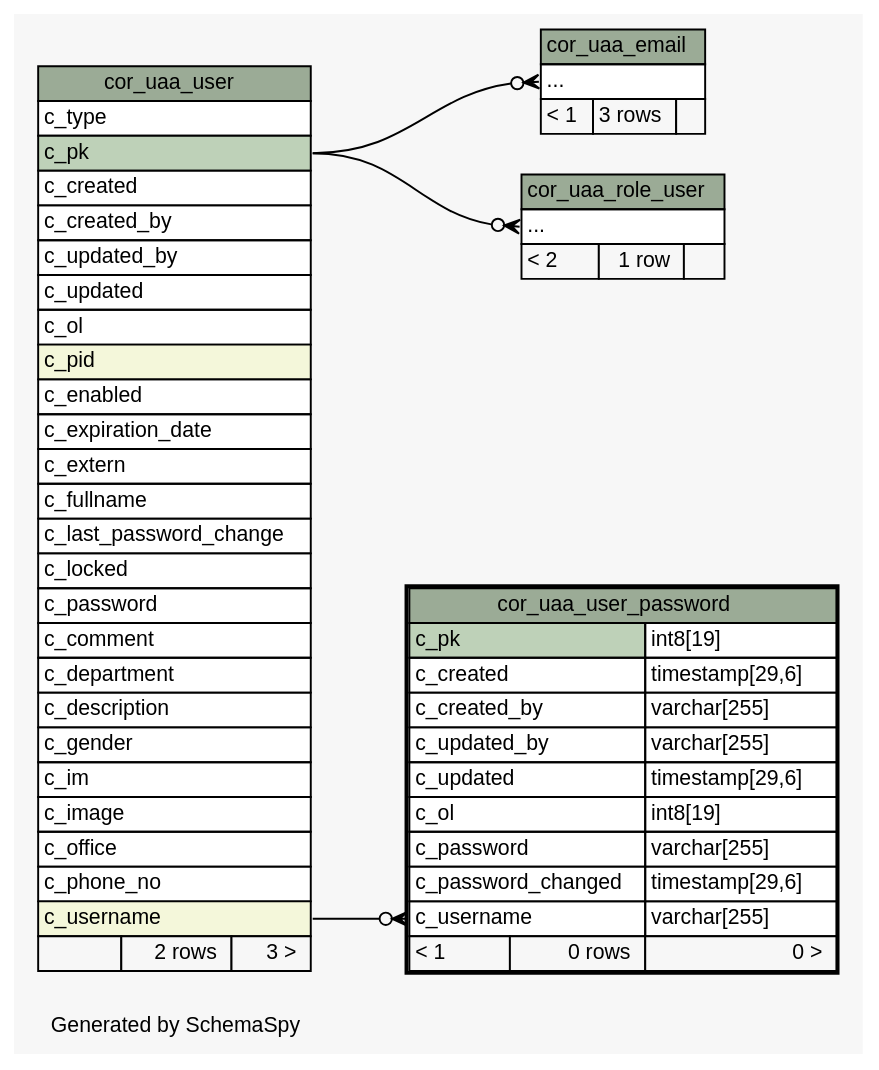
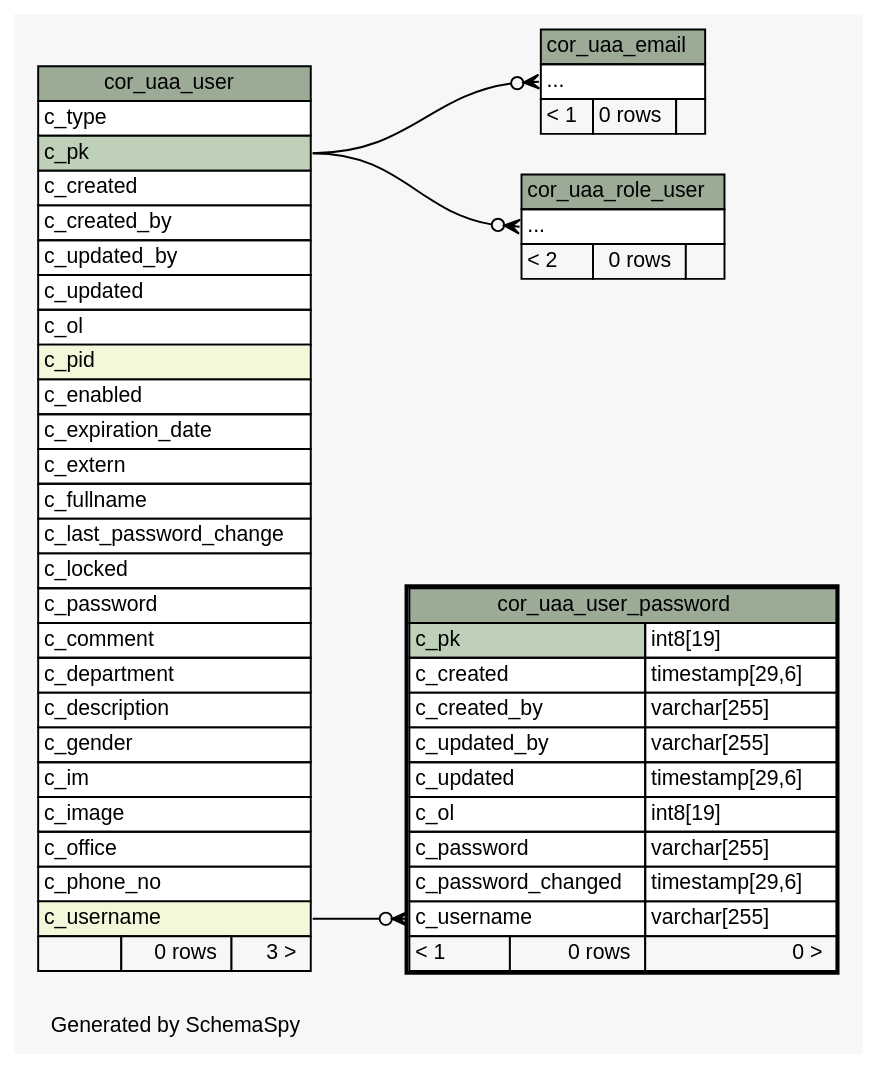
One commit to openwms/org.openwms.core.uaa changed the diagram in 2.0.0-SNAPSHOT/schemaspy/diagrams/cor_uaa_user_password.2degrees.dot. Above: the diagram before and after it, drawn with Graphviz. The commit also changed 242 other files, not shown here.

```diff
--- a/2.0.0-SNAPSHOT/schemaspy/diagrams/cor_uaa_user_password.2degrees.dot
+++ b/2.0.0-SNAPSHOT/schemaspy/diagrams/cor_uaa_user_password.2degrees.dot
@@ -1,96 +1,96 @@
-// dot 2.43.0 on Linux 6.2.0-1012-azure
+// dot 2.43.0 on Linux 6.2.0-1018-azure
 // SchemaSpy rev Unknown
 digraph "twoDegreesRelationshipsDiagram" {
   graph [
     rankdir="RL"
     bgcolor="#f7f7f7"
     label="\nGenerated by SchemaSpy"
     labeljust="l"
     nodesep="0.18"
     ranksep="0.46"
     fontname="Helvetica"
     fontsize="11"
   ];
   node [
     fontname="Helvetica"
     fontsize="11"
     shape="plaintext"
   ];
   edge [
     arrowsize="0.8"
   ];
   "cor_uaa_email":"elipses":w -> "cor_uaa_user":"c_pk":e [arrowhead=none dir=back arrowtail=crowodot];
   "cor_uaa_role_user":"elipses":w -> "cor_uaa_user":"c_pk":e [arrowhead=none dir=back arrowtail=crowodot];
   "cor_uaa_user_password":"c_username":w -> "cor_uaa_user":"c_username":e [arrowhead=none dir=back arrowtail=crowodot];
   "cor_uaa_email" [
     label=<
     <TABLE BORDER="0" CELLBORDER="1" CELLSPACING="0" BGCOLOR="#ffffff">
       <TR><TD COLSPAN="3" BGCOLOR="#9bab96" ALIGN="CENTER">cor_uaa_email</TD></TR>
       <TR><TD PORT="elipses" COLSPAN="3" ALIGN="LEFT">...</TD></TR>
-      <TR><TD ALIGN="LEFT" BGCOLOR="#f7f7f7">&lt; 1</TD><TD ALIGN="RIGHT" BGCOLOR="#f7f7f7">3 rows</TD><TD ALIGN="RIGHT" BGCOLOR="#f7f7f7">  </TD></TR>
+      <TR><TD ALIGN="LEFT" BGCOLOR="#f7f7f7">&lt; 1</TD><TD ALIGN="RIGHT" BGCOLOR="#f7f7f7">0 rows</TD><TD ALIGN="RIGHT" BGCOLOR="#f7f7f7">  </TD></TR>
     </TABLE>>
     URL="cor_uaa_email.html"
     tooltip="cor_uaa_email"
   ];
   "cor_uaa_role_user" [
     label=<
     <TABLE BORDER="0" CELLBORDER="1" CELLSPACING="0" BGCOLOR="#ffffff">
       <TR><TD COLSPAN="3" BGCOLOR="#9bab96" ALIGN="CENTER">cor_uaa_role_user</TD></TR>
       <TR><TD PORT="elipses" COLSPAN="3" ALIGN="LEFT">...</TD></TR>
-      <TR><TD ALIGN="LEFT" BGCOLOR="#f7f7f7">&lt; 2</TD><TD ALIGN="RIGHT" BGCOLOR="#f7f7f7">1 row</TD><TD ALIGN="RIGHT" BGCOLOR="#f7f7f7">  </TD></TR>
+      <TR><TD ALIGN="LEFT" BGCOLOR="#f7f7f7">&lt; 2</TD><TD ALIGN="RIGHT" BGCOLOR="#f7f7f7">0 rows</TD><TD ALIGN="RIGHT" BGCOLOR="#f7f7f7">  </TD></TR>
     </TABLE>>
     URL="cor_uaa_role_user.html"
     tooltip="cor_uaa_role_user"
   ];
   "cor_uaa_user" [
     label=<
     <TABLE BORDER="0" CELLBORDER="1" CELLSPACING="0" BGCOLOR="#ffffff">
       <TR><TD COLSPAN="3" BGCOLOR="#9bab96" ALIGN="CENTER">cor_uaa_user</TD></TR>
       <TR><TD PORT="c_type" COLSPAN="3" ALIGN="LEFT">c_type</TD></TR>
       <TR><TD PORT="c_pk" COLSPAN="3" BGCOLOR="#bed1b8" ALIGN="LEFT">c_pk</TD></TR>
       <TR><TD PORT="c_created" COLSPAN="3" ALIGN="LEFT">c_created</TD></TR>
       <TR><TD PORT="c_created_by" COLSPAN="3" ALIGN="LEFT">c_created_by</TD></TR>
       <TR><TD PORT="c_updated_by" COLSPAN="3" ALIGN="LEFT">c_updated_by</TD></TR>
       <TR><TD PORT="c_updated" COLSPAN="3" ALIGN="LEFT">c_updated</TD></TR>
       <TR><TD PORT="c_ol" COLSPAN="3" ALIGN="LEFT">c_ol</TD></TR>
       <TR><TD PORT="c_pid" COLSPAN="3" BGCOLOR="#f4f7da" ALIGN="LEFT">c_pid</TD></TR>
       <TR><TD PORT="c_enabled" COLSPAN="3" ALIGN="LEFT">c_enabled</TD></TR>
       <TR><TD PORT="c_expiration_date" COLSPAN="3" ALIGN="LEFT">c_expiration_date</TD></TR>
       <TR><TD PORT="c_extern" COLSPAN="3" ALIGN="LEFT">c_extern</TD></TR>
       <TR><TD PORT="c_fullname" COLSPAN="3" ALIGN="LEFT">c_fullname</TD></TR>
       <TR><TD PORT="c_last_password_change" COLSPAN="3" ALIGN="LEFT">c_last_password_change</TD></TR>
       <TR><TD PORT="c_locked" COLSPAN="3" ALIGN="LEFT">c_locked</TD></TR>
       <TR><TD PORT="c_password" COLSPAN="3" ALIGN="LEFT">c_password</TD></TR>
       <TR><TD PORT="c_comment" COLSPAN="3" ALIGN="LEFT">c_comment</TD></TR>
       <TR><TD PORT="c_department" COLSPAN="3" ALIGN="LEFT">c_department</TD></TR>
       <TR><TD PORT="c_description" COLSPAN="3" ALIGN="LEFT">c_description</TD></TR>
       <TR><TD PORT="c_gender" COLSPAN="3" ALIGN="LEFT">c_gender</TD></TR>
       <TR><TD PORT="c_im" COLSPAN="3" ALIGN="LEFT">c_im</TD></TR>
       <TR><TD PORT="c_image" COLSPAN="3" ALIGN="LEFT">c_image</TD></TR>
       <TR><TD PORT="c_office" COLSPAN="3" ALIGN="LEFT">c_office</TD></TR>
       <TR><TD PORT="c_phone_no" COLSPAN="3" ALIGN="LEFT">c_phone_no</TD></TR>
       <TR><TD PORT="c_username" COLSPAN="3" BGCOLOR="#f4f7da" ALIGN="LEFT">c_username</TD></TR>
-      <TR><TD ALIGN="LEFT" BGCOLOR="#f7f7f7">  </TD><TD ALIGN="RIGHT" BGCOLOR="#f7f7f7">2 rows</TD><TD ALIGN="RIGHT" BGCOLOR="#f7f7f7">3 &gt;</TD></TR>
+      <TR><TD ALIGN="LEFT" BGCOLOR="#f7f7f7">  </TD><TD ALIGN="RIGHT" BGCOLOR="#f7f7f7">0 rows</TD><TD ALIGN="RIGHT" BGCOLOR="#f7f7f7">3 &gt;</TD></TR>
     </TABLE>>
     URL="cor_uaa_user.html"
     tooltip="cor_uaa_user"
   ];
   "cor_uaa_user_password" [
     label=<
     <TABLE BORDER="2" CELLBORDER="1" CELLSPACING="0" BGCOLOR="#ffffff">
       <TR><TD COLSPAN="3" BGCOLOR="#9bab96" ALIGN="CENTER">cor_uaa_user_password</TD></TR>
       <TR><TD PORT="c_pk" COLSPAN="2" BGCOLOR="#bed1b8" ALIGN="LEFT">c_pk</TD><TD PORT="c_pk.type" ALIGN="LEFT">int8[19]</TD></TR>
       <TR><TD PORT="c_created" COLSPAN="2" ALIGN="LEFT">c_created</TD><TD PORT="c_created.type" ALIGN="LEFT">timestamp[29,6]</TD></TR>
       <TR><TD PORT="c_created_by" COLSPAN="2" ALIGN="LEFT">c_created_by</TD><TD PORT="c_created_by.type" ALIGN="LEFT">varchar[255]</TD></TR>
       <TR><TD PORT="c_updated_by" COLSPAN="2" ALIGN="LEFT">c_updated_by</TD><TD PORT="c_updated_by.type" ALIGN="LEFT">varchar[255]</TD></TR>
       <TR><TD PORT="c_updated" COLSPAN="2" ALIGN="LEFT">c_updated</TD><TD PORT="c_updated.type" ALIGN="LEFT">timestamp[29,6]</TD></TR>
       <TR><TD PORT="c_ol" COLSPAN="2" ALIGN="LEFT">c_ol</TD><TD PORT="c_ol.type" ALIGN="LEFT">int8[19]</TD></TR>
       <TR><TD PORT="c_password" COLSPAN="2" ALIGN="LEFT">c_password</TD><TD PORT="c_password.type" ALIGN="LEFT">varchar[255]</TD></TR>
       <TR><TD PORT="c_password_changed" COLSPAN="2" ALIGN="LEFT">c_password_changed</TD><TD PORT="c_password_changed.type" ALIGN="LEFT">timestamp[29,6]</TD></TR>
       <TR><TD PORT="c_username" COLSPAN="2" ALIGN="LEFT">c_username</TD><TD PORT="c_username.type" ALIGN="LEFT">varchar[255]</TD></TR>
       <TR><TD ALIGN="LEFT" BGCOLOR="#f7f7f7">&lt; 1</TD><TD ALIGN="RIGHT" BGCOLOR="#f7f7f7">0 rows</TD><TD ALIGN="RIGHT" BGCOLOR="#f7f7f7">0 &gt;</TD></TR>
     </TABLE>>
     URL="cor_uaa_user_password.html"
     tooltip="cor_uaa_user_password"
   ];
 }
```
